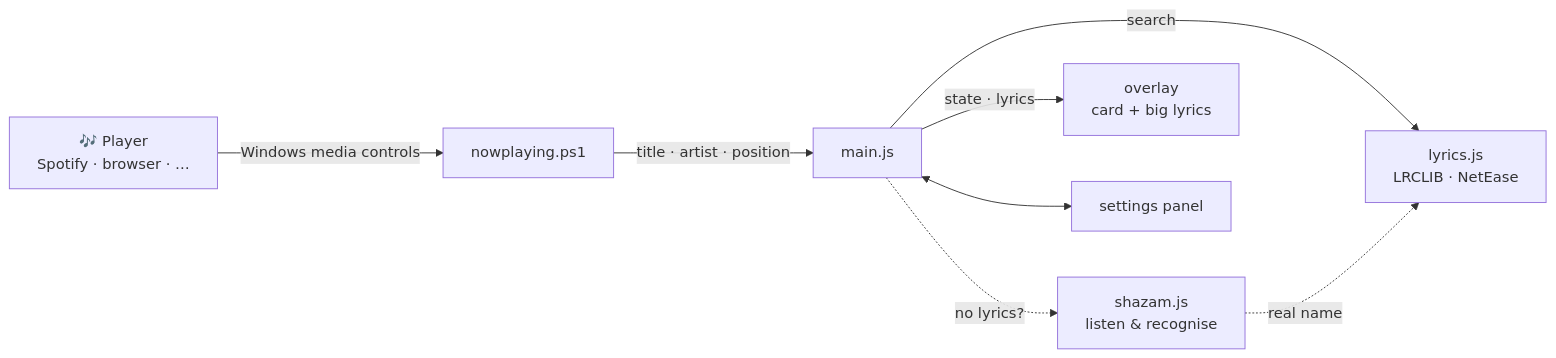
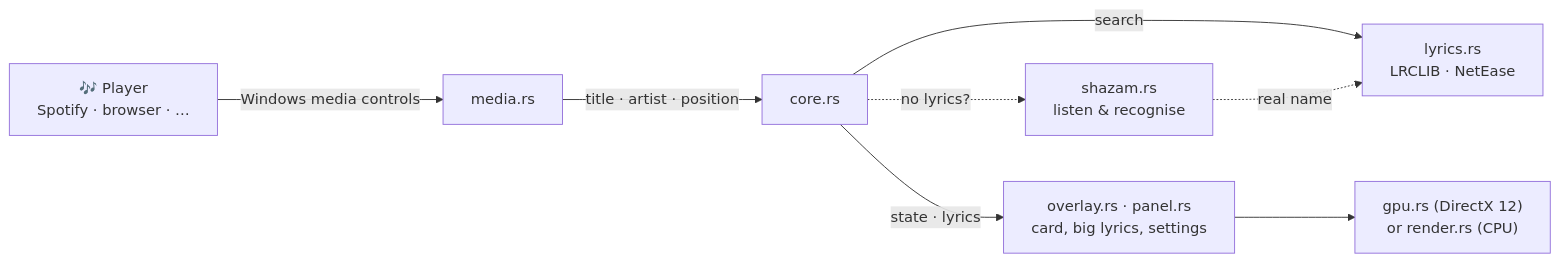
Before and after one commit to AhPlace2/lyrics-overlay: the diagram in README.md, drawn with Mermaid. The commit also changed other lines of this file and 3 other files, not shown here.

````diff
--- a/README.md
+++ b/README.md
@@ -150,10 +170,10 @@
 ```mermaid
 flowchart LR
-    P["🎶 Player<br/>Spotify · browser · …"] -->|Windows media controls| H["nowplaying.ps1"]
-    H -->|title · artist · position| M["main.js"]
-    M -->|search| L["lyrics.js<br/>LRCLIB · NetEase"]
-    M -.->|no lyrics?| S["shazam.js<br/>listen & recognise"]
+    P["🎶 Player<br/>Spotify · browser · …"] -->|Windows media controls| H["media.rs"]
+    H -->|title · artist · position| C["core.rs"]
+    C -->|search| L["lyrics.rs<br/>LRCLIB · NetEase"]
+    C -.->|no lyrics?| S["shazam.rs<br/>listen & recognise"]
     S -.->|real name| L
-    M -->|state · lyrics| O["overlay<br/>card + big lyrics"]
-    M <--> G["settings panel"]
+    C -->|state · lyrics| O["overlay.rs · panel.rs<br/>card, big lyrics, settings"]
+    O --> R["gpu.rs (DirectX 12)<br/>or render.rs (CPU)"]
 ```
````
